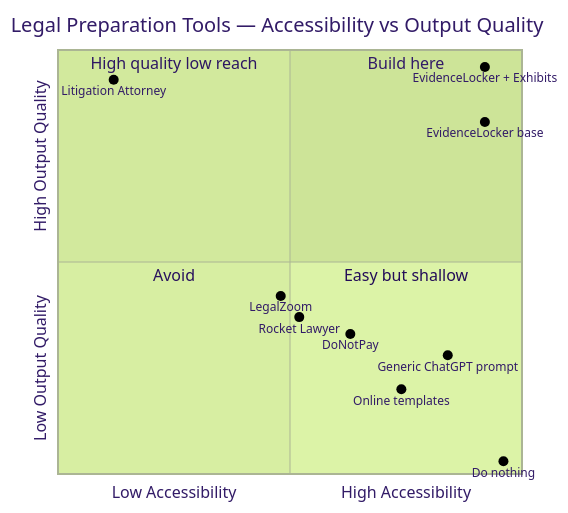
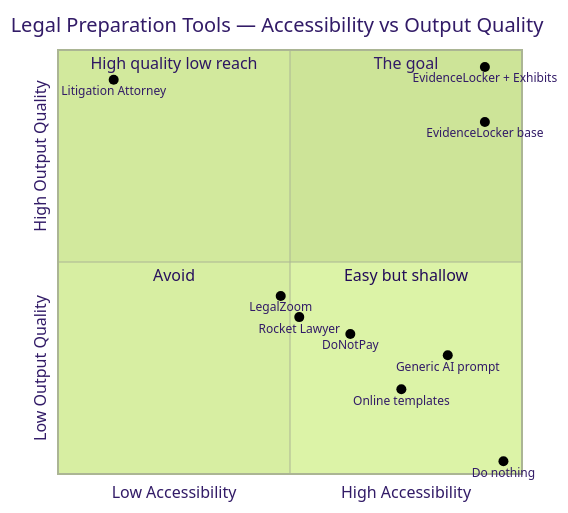
The eighth of 12 diagrams in README.md (Iceman-Dann/Evidence-Locker), drawn with Mermaid (forest theme) before and after one commit. The commit also changed other lines of this file, not shown here.

````diff
--- a/README.md
+++ b/README.md
@@ -340,19 +379,19 @@
 ```mermaid
 quadrantChart
     title Legal Preparation Tools — Accessibility vs Output Quality
     x-axis "Low Accessibility" --> "High Accessibility"
     y-axis "Low Output Quality" --> "High Output Quality"
-    quadrant-1 Build here
+    quadrant-1 The goal
     quadrant-2 High quality low reach
     quadrant-3 Avoid
     quadrant-4 Easy but shallow
     Litigation Attorney: [0.12, 0.93]
     LegalZoom: [0.48, 0.42]
     Rocket Lawyer: [0.52, 0.37]
     DoNotPay: [0.63, 0.33]
-    Generic ChatGPT prompt: [0.84, 0.28]
+    Generic AI prompt: [0.84, 0.28]
     Online templates: [0.74, 0.20]
     Do nothing: [0.96, 0.03]
     EvidenceLocker base: [0.92, 0.83]
     EvidenceLocker + Exhibits: [0.92, 0.96]
 ```
````
